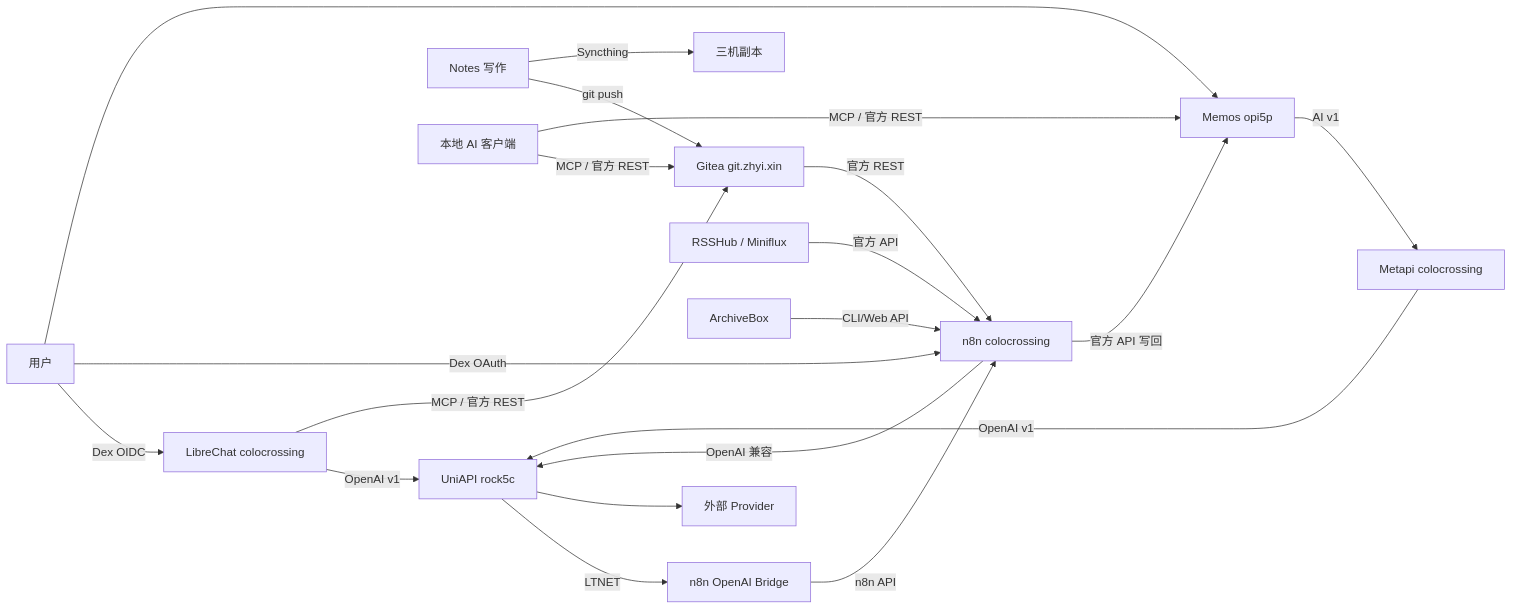
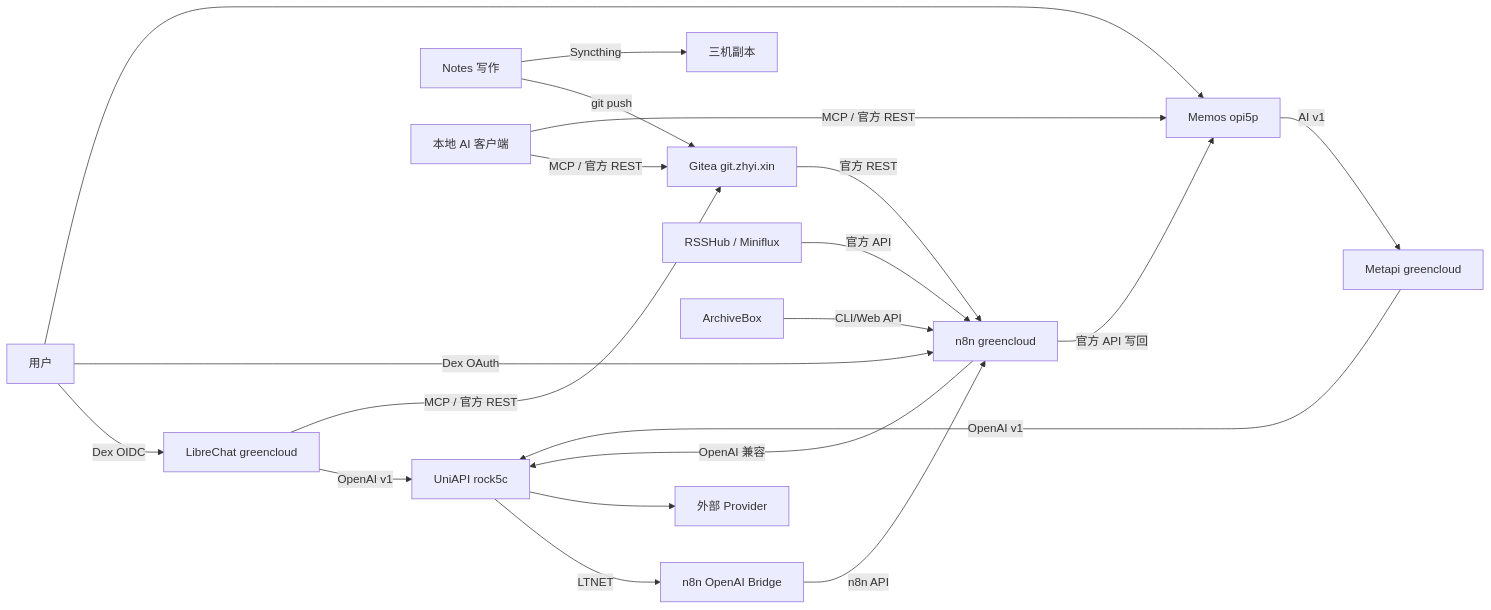
The diagram in docs/infrastructure/ai-knowledge-chain-integration.md (zhyiheihei/nixos-config), drawn with Mermaid before and after one commit. The commit also changed other lines of this file and 76 other files, not shown here.

First line of the commit message:
refactor(hosts): rename colocrossing to greencloud (provider name)

````diff
--- a/docs/infrastructure/ai-knowledge-chain-integration.md
+++ b/docs/infrastructure/ai-knowledge-chain-integration.md
@@ -22,22 +22,22 @@
 ```mermaid
 flowchart LR
-  User[用户] -->|Dex OIDC| LibreChat[LibreChat colocrossing]
-  User -->|Dex OAuth| N8N[n8n colocrossing]
+  User[用户] -->|Dex OIDC| LibreChat[LibreChat greencloud]
+  User -->|Dex OAuth| N8N[n8n greencloud]
   User --> Memos[Memos opi5p]
   LibreChat -->|OpenAI v1| UniRock[UniAPI rock5c]
-  Memos -->|AI v1| Metapi[Metapi colocrossing]
+  Memos -->|AI v1| Metapi[Metapi greencloud]
   Metapi -->|OpenAI v1| UniRock
   UniRock -->|LTNET| Bridge[n8n OpenAI Bridge]
   Bridge -->|n8n API| N8N
   UniRock --> Providers[外部 Provider]
   Notes[Notes 写作] -->|git push| Gitea[Gitea git.zhyi.xin]
   Notes -->|Syncthing| Copies[三机副本]
   Gitea -->|官方 REST| N8N
   RSS[RSSHub / Miniflux] -->|官方 API| N8N
   Archive[ArchiveBox] -->|CLI/Web API| N8N
   N8N -->|OpenAI 兼容| UniRock
   N8N -->|官方 API 写回| Memos
   LibreChat -->|MCP / 官方 REST| Gitea
   LocalAI[本地 AI 客户端] -->|MCP / 官方 REST| Gitea
   LocalAI -->|MCP / 官方 REST| Memos
 ```
````
